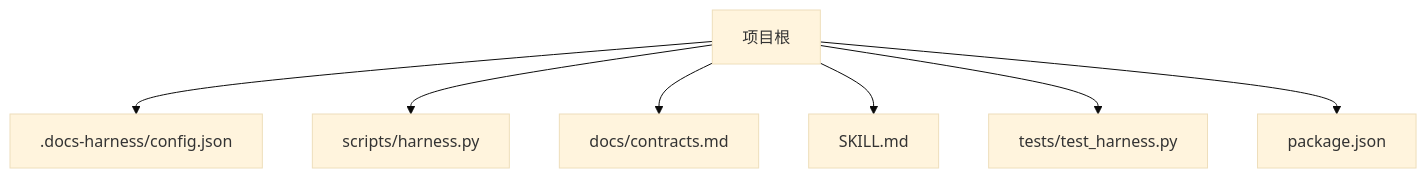
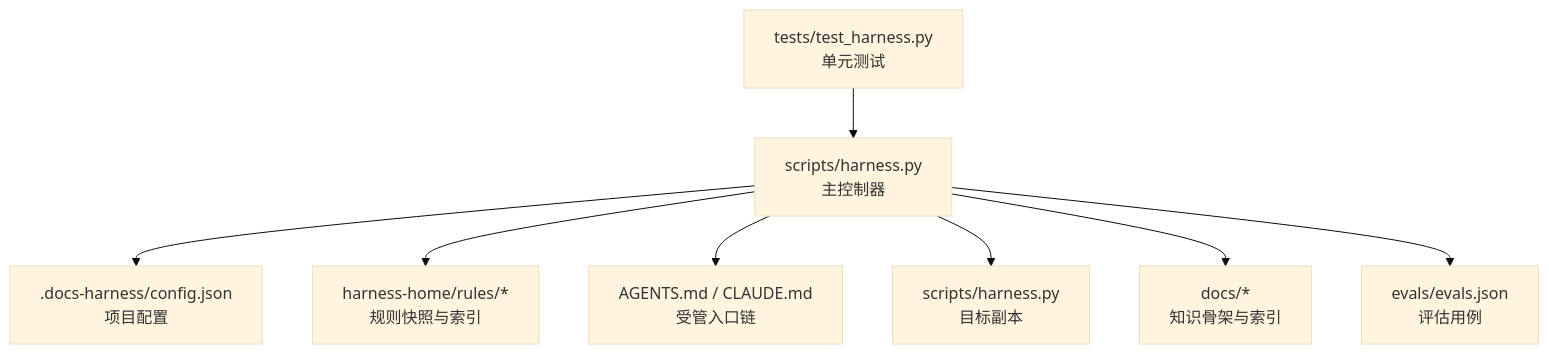
The first of 6 diagrams in .qoder/repowiki/zh/content/高级主题/部署与运维/配置管理.md (HackSing/docs-harness), drawn with Mermaid (base theme) before and after one commit. The commit also changed other lines of this file and 20 other files, not shown here.

````diff
--- a/.qoder/repowiki/zh/content/高级主题/部署与运维/配置管理.md
+++ b/.qoder/repowiki/zh/content/高级主题/部署与运维/配置管理.md
@@ -41,9 +38,10 @@
 ```mermaid
 graph TB
-A["项目根"] --> B[".docs-harness/config.json"]
-A --> C["scripts/harness.py"]
-A --> D["docs/contracts.md"]
-A --> E["SKILL.md"]
-A --> F["tests/test_harness.py"]
-A --> G["package.json"]
+A["scripts/harness.py<br/>主控制器"] --> B[".docs-harness/config.json<br/>项目配置"]
+A --> C["harness-home/rules/*<br/>规则快照与索引"]
+A --> D["AGENTS.md / CLAUDE.md<br/>受管入口链"]
+A --> E["scripts/harness.py<br/>目标副本"]
+A --> F["docs/*<br/>知识骨架与索引"]
+A --> G["evals/evals.json<br/>评估用例"]
+H["tests/test_harness.py<br/>单元测试"] --> A
 ```
````
